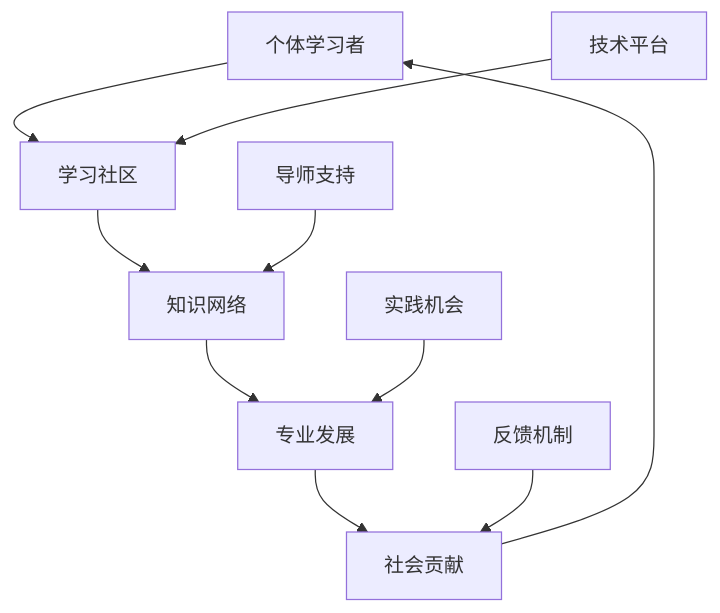
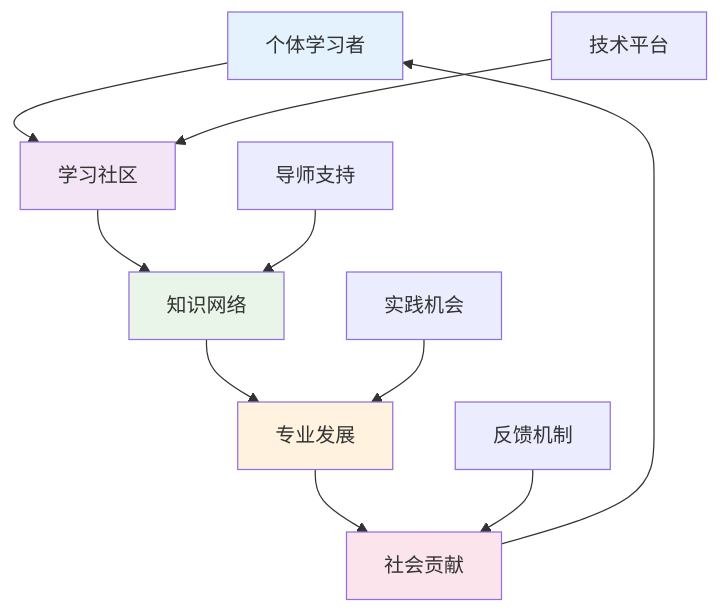
Before and after one commit to AdaMartin18010/SeniorEnducation: the second of 8 diagrams in 04-评估与发展/03-终身学习能力.md, drawn with Mermaid. The commit also changed other lines of this file and 16 other files, not shown here.

````diff
--- a/04-评估与发展/03-终身学习能力.md
+++ b/04-评估与发展/03-终身学习能力.md
@@ -127,13 +135,19 @@
 ```mermaid
 graph TD
     A[个体学习者] --> B[学习社区]
     B --> C[知识网络]
     C --> D[专业发展]
     D --> E[社会贡献]
     E --> A
-    
+
     F[技术平台] --> B
     G[导师支持] --> C
     H[实践机会] --> D
     I[反馈机制] --> E
+    
+    style A fill:#e3f2fd
+    style B fill:#f3e5f5
+    style C fill:#e8f5e8
+    style D fill:#fff3e0
+    style E fill:#fce4ec
 ```
````
